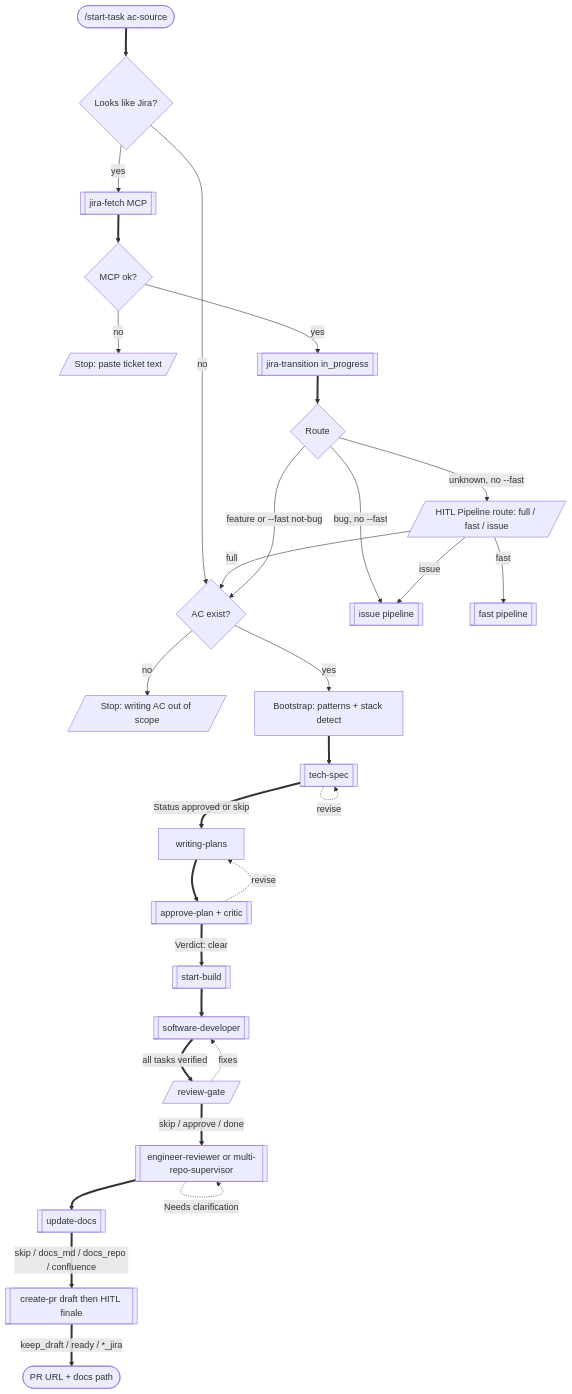
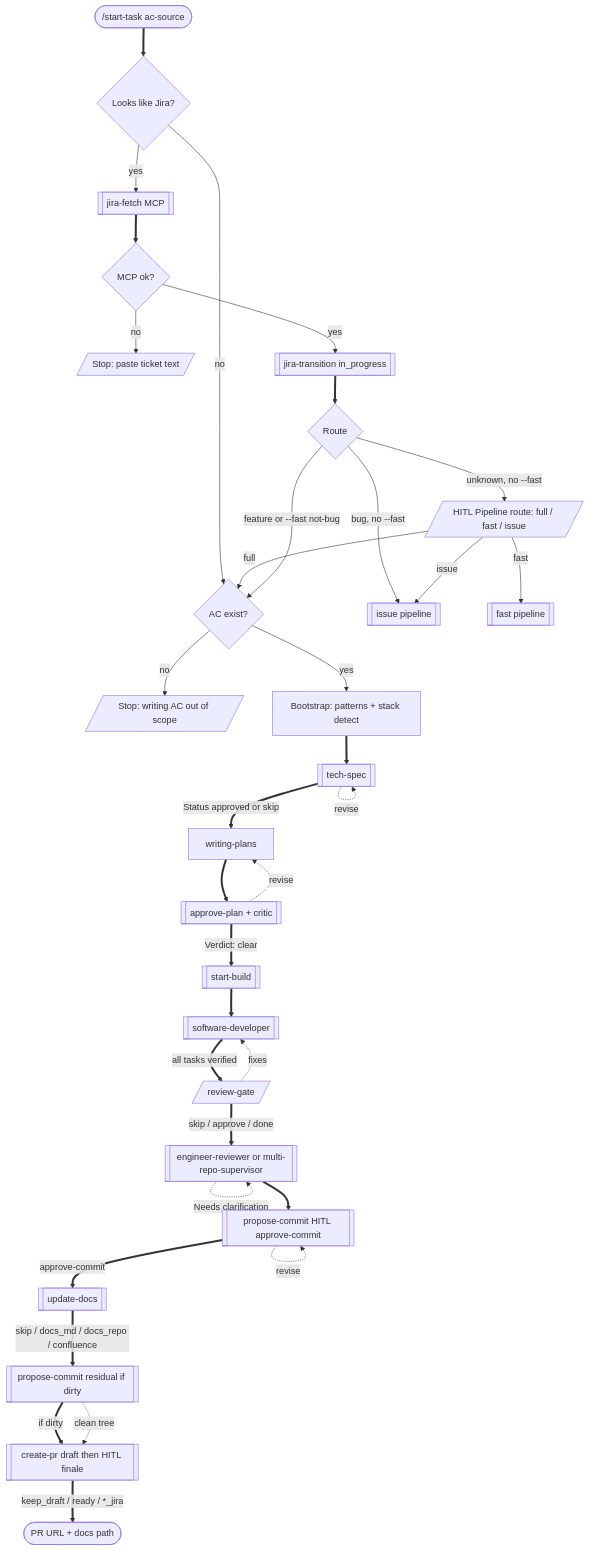
One commit to a-trembak/cursor-spells changed the second of 14 diagrams in docs/superpowers/pipeline-flow.md. Above: the diagram before and after it, drawn with Mermaid. The commit also changed other lines of this file and 22 other files, not shown here.

First line of the commit message:
feat(pipeline): propose-commit gate after engineer-review (#55)

````diff
--- a/docs/superpowers/pipeline-flow.md
+++ b/docs/superpowers/pipeline-flow.md
@@ -116,54 +120,60 @@
 ```mermaid
 flowchart TD
   startNode(["/start-task ac-source"])
   looksJira{Looks like Jira?}
   fetch[["jira-fetch MCP"]]
   fetchFail{MCP ok?}
   stopPaste[/"Stop: paste ticket text"/]
   inProgress[["jira-transition in_progress"]]
   route{"Route"}
   hitlRoute[/"HITL Pipeline route: full / fast / issue"/]
   noAc{AC exist?}
   stopNoAc[/"Stop: writing AC out of scope"/]
   bootstrap["Bootstrap: patterns + stack detect"]
   techSpec[["tech-spec"]]
   planWrite["writing-plans"]
   approvePlan[["approve-plan + critic"]]
   startBuild[["start-build"]]
   softwareDev[["software-developer"]]
   reviewGate[/"review-gate"/]
   engReview[["engineer-reviewer or multi-repo-supervisor"]]
+  proposeCommit[["propose-commit HITL approve-commit"]]
   updateDocs[["update-docs"]]
+  proposeCommit2[["propose-commit residual if dirty"]]
   createPr[["create-pr draft then HITL finale"]]
   doneNode(["PR URL + docs path"])
 
   startNode ==> looksJira
   looksJira -->|"yes"| fetch
   looksJira -->|"no"| noAc
   fetch ==> fetchFail
   fetchFail -->|"no"| stopPaste
   fetchFail -->|"yes"| inProgress
   inProgress ==> route
   route -->|"bug, no --fast"| issuePipe[["issue pipeline"]]
   route -->|"unknown, no --fast"| hitlRoute
   hitlRoute -->|"full"| noAc
   hitlRoute -->|"fast"| fastPipe[["fast pipeline"]]
   hitlRoute -->|"issue"| issuePipe
   route -->|"feature or --fast not-bug"| noAc
   noAc -->|"no"| stopNoAc
   noAc -->|"yes"| bootstrap
   bootstrap ==> techSpec
   techSpec ==>|"Status approved or skip"| planWrite
   techSpec -.->|"revise"| techSpec
   planWrite ==> approvePlan
   approvePlan -.->|"revise"| planWrite
   approvePlan ==>|"Verdict: clear"| startBuild
   startBuild ==> softwareDev
   softwareDev ==>|"all tasks verified"| reviewGate
   reviewGate -.->|"fixes"| softwareDev
   reviewGate ==>|"skip / approve / done"| engReview
   engReview -.->|"Needs clarification"| engReview
-  engReview ==> updateDocs
-  updateDocs ==>|"skip / docs_md / docs_repo / confluence"| createPr
+  engReview ==> proposeCommit
+  proposeCommit ==>|"approve-commit"| updateDocs
+  proposeCommit -.->|"revise"| proposeCommit
+  updateDocs ==>|"skip / docs_md / docs_repo / confluence"| proposeCommit2
+  proposeCommit2 ==>|"if dirty"| createPr
+  proposeCommit2 -.->|"clean tree"| createPr
   createPr ==>|"keep_draft / ready / *_jira"| doneNode
 ```
````
